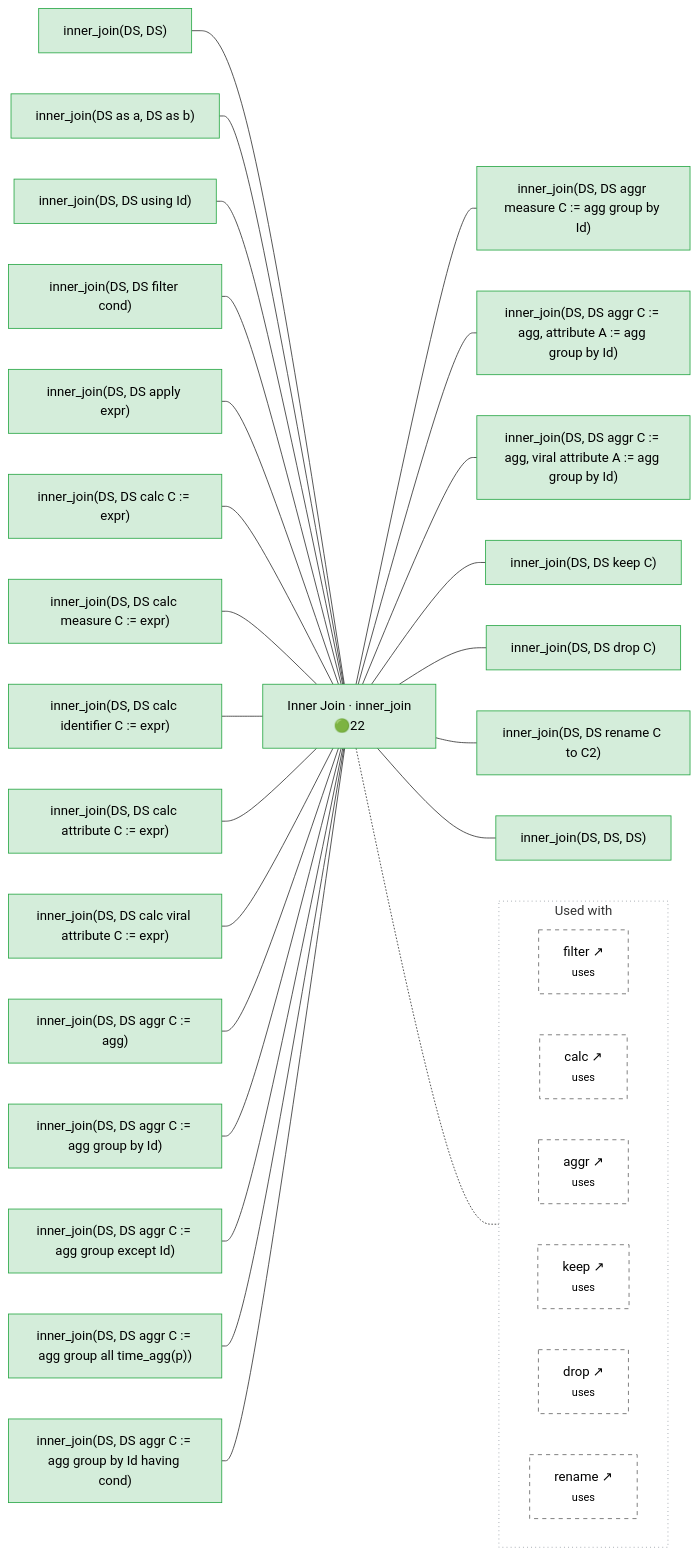
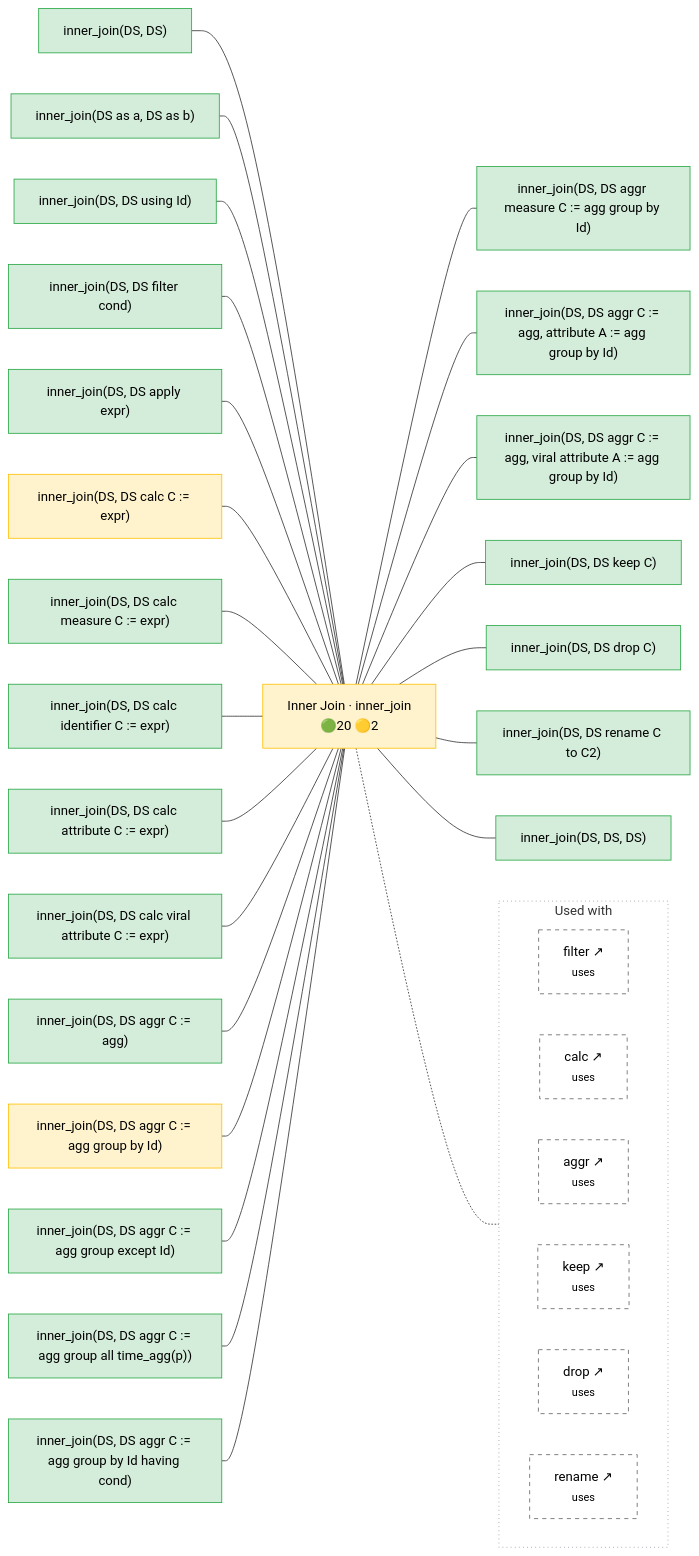
One commit to Meaningful-Data/vtlengine changed the diagram in docs/operator_map/join/inner_join.rst. Above: the diagram before and after it, drawn with Mermaid. The commit also changed other lines of this file and 107 other files, not shown here.

First line of the commit message:
Expect the inner and cross join examples to refuse a plain attribute (#1258)

```diff
--- a/docs/operator_map/join/inner_join.rst
+++ b/docs/operator_map/join/inner_join.rst
@@ -32,19 +32,19 @@
        classDef diverge fill:#cce5ff,stroke:#007bff,color:#000
        classDef block fill:#2b3a4a,stroke:#2b3a4a,color:#fff,font-weight:bold
        classDef ext fill:#fff,stroke:#666,color:#000,stroke-dasharray: 5 5
-       O["Inner Join · inner_join<br/>🟢22"]:::ok
+       O["Inner Join · inner_join<br/>🟢20 🟡2"]:::partial
        v_bare["inner_join(DS, DS)"]:::ok
        v_aliases["inner_join(DS as a, DS as b)"]:::ok
        v_using["inner_join(DS, DS using Id)"]:::ok
        v_filter["inner_join(DS, DS filter cond)"]:::ok
        v_apply["inner_join(DS, DS apply expr)"]:::ok
-       v_calc_default["inner_join(DS, DS calc C #58;#61; expr)"]:::ok
+       v_calc_default["inner_join(DS, DS calc C #58;#61; expr)"]:::partial
        v_calc_measure["inner_join(DS, DS calc measure C #58;#61; expr)"]:::ok
        v_calc_identifier["inner_join(DS, DS calc identifier C #58;#61; expr)"]:::ok
        v_calc_attribute["inner_join(DS, DS calc attribute C #58;#61; expr)"]:::ok
        v_calc_viral_attribute["inner_join(DS, DS calc viral attribute C #58;#61; expr)"]:::ok
        v_aggr_no_group["inner_join(DS, DS aggr C #58;#61; agg)"]:::ok
-       v_aggr_group_by["inner_join(DS, DS aggr C #58;#61; agg group by Id)"]:::ok
+       v_aggr_group_by["inner_join(DS, DS aggr C #58;#61; agg group by Id)"]:::partial
        v_aggr_group_except["inner_join(DS, DS aggr C #58;#61; agg group except Id)"]:::ok
        v_aggr_group_all["inner_join(DS, DS aggr C #58;#61; agg group all time_agg(p))"]:::ok
        v_aggr_having["inner_join(DS, DS aggr C #58;#61; agg group by Id having cond)"]:::ok
```
